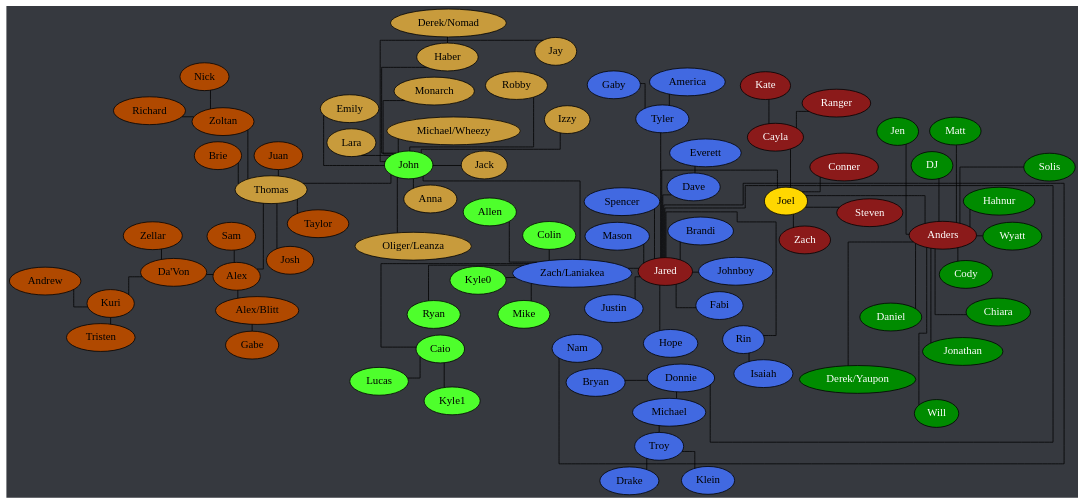
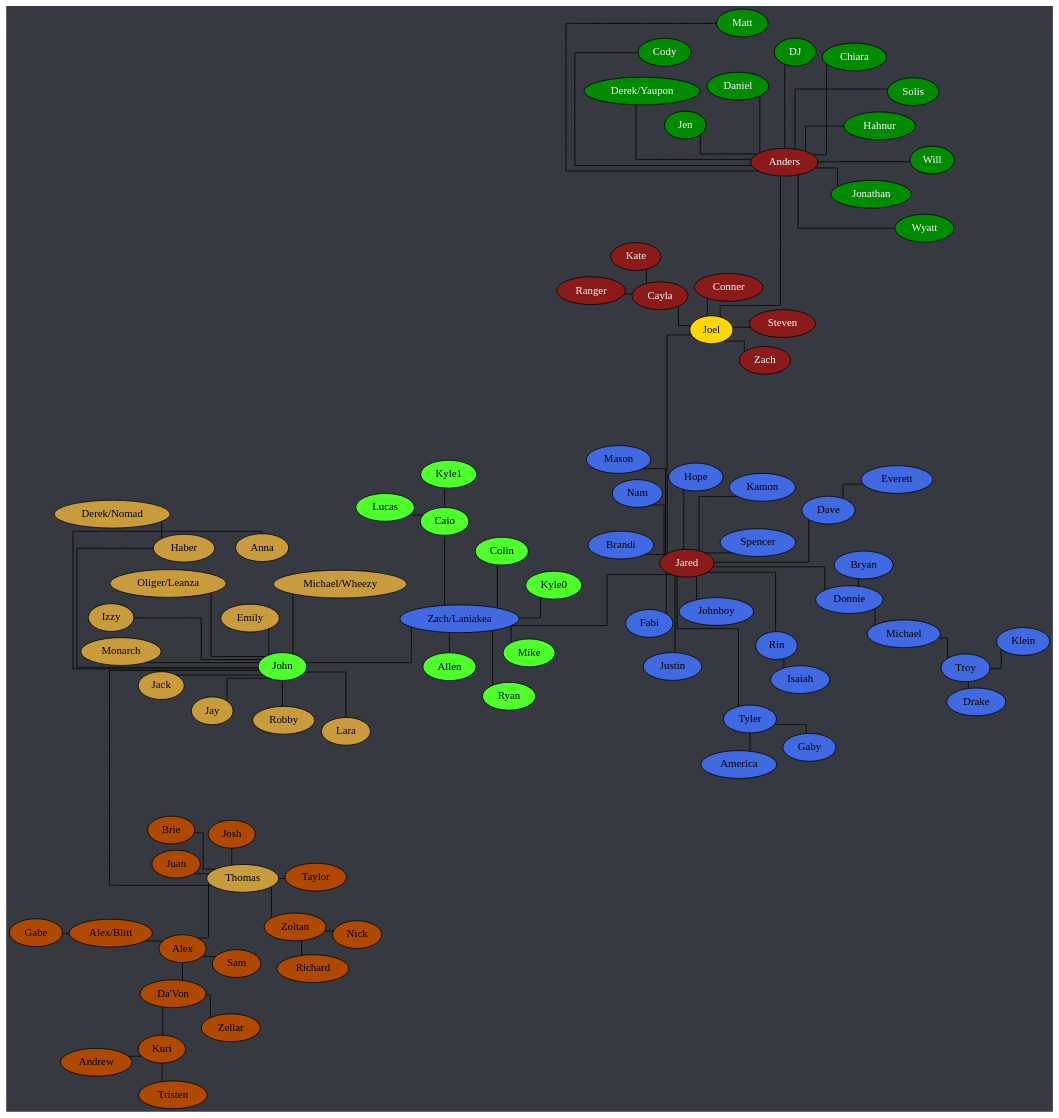
Before and after one commit to Documidas/CoronaCatzFamilyTree: the diagram in tree.dot, drawn with Graphviz. The commit also changed 1 other file, not shown here.

Commit message:
Add Kamon to Jared's tree.

```diff
--- a/tree.dot
+++ b/tree.dot
@@ -1,129 +1,130 @@
 strict graph {
 	// Layout Configuration
 	layout = neato;
 	epsilon = 0.01;
 	mode = KK;
 	model = subset;
 	overlap = false;
 	splines = ortho;
 
 	// Visual Configuration
 	graph [truecolor=true bgcolor="#36393f"]
 	node [style=filled fillcolor="gray" fontcolor="black"]
 
 	subgraph "Joel" {
 		node [style=filled fillcolor="firebrick4" fontcolor="white"];
 		Joel [style=filled fillcolor="gold" fontcolor="black"];
 
 		Anders -- Joel;
 		Cayla -- Joel
 		Cayla -- Kate;
 		Cayla -- Ranger;
 		Joel -- Conner;
 		Joel -- Jared;
 		Joel -- Steven;
 		Joel -- Zach;
 	}
 
 	subgraph "Anders" {
 		node [style=filled fillcolor="green4" fontcolor="white"];
 
 		Anders -- Chiara
 		Anders -- Cody;
 		Anders -- Daniel;
 		Anders -- "Derek/Yaupon";
 		Anders -- DJ;
 		Anders -- Hahnur;
 		Anders -- Jen;
 		Anders -- Jonathan;
 		Anders -- Matt;
 		Anders -- Solis;
 		Anders -- Will;
 		Anders -- Wyatt;
 	}
 
 	subgraph "Jared" {
 		node [style=filled fillcolor="royalblue" fontcolor="black"]
 
 		Dave -- Everett;
 		Donnie -- Bryan;
 		Donnie -- Michael;
 		Jared -- Brandi;
 		Jared -- Dave;
 		Jared -- Donnie;
 		Jared -- Fabi;
 		Jared -- Hope;
 		Jared -- Johnboy;
 		Jared -- Justin;
+		Jared -- Kamon;
 		Jared -- Mason;
 		Jared -- Nam;
 		Jared -- Rin;
 		Jared -- Spencer;
 		Jared -- Tyler;
 		Jared -- "Zach/Laniakea";
 		Michael -- Troy;
 		Rin -- Isaiah;
 		Tyler -- America;
 		Tyler -- Gaby;
 		Troy -- Drake;
 		Troy -- Klein;
 	}
 
 	subgraph "Zach/Laniakea" {
 		node [style=filled fillcolor="#4eff2c" fontcolor="black"]
 
 		Caio -- Kyle1;
 		Caio -- Lucas;
 		"Zach/Laniakea" -- Allen;
 		"Zach/Laniakea" -- Caio;
 		"Zach/Laniakea" -- Colin;
 		"Zach/Laniakea" -- John [ len = 10 ];
 		"Zach/Laniakea" -- Kyle0;
 		"Zach/Laniakea" -- Mike;
 		"Zach/Laniakea" -- Ryan;
 	}
 
 	subgraph "John" {
 		node [style=filled fillcolor="#c89b3c" fontcolor="black"]
 
 		Haber -- "Derek/Nomad";
 		John -- Anna;
 		John -- Emily;
 		John -- Haber;
 		John -- Jay;
 		John -- Jack;
 		John -- Lara;
 		John -- Monarch;
 		John -- "Oliger/Leanza";
 		John -- Thomas;
 	}
 
 	subgraph "John-stream" {
 		// node [style=filled fillcolor="#9147ff" fontcolor="black"]
 		node [style=filled fillcolor="#c89b3c" fontcolor="black"]
 
 		John -- Izzy;
 		John -- "Michael/Wheezy";
 		John -- Robby;
 	}
 
 	subgraph "Thomas" {
 		node [style=filled fillcolor="#b04900" fontcolor="black"]
 		Alex -- "Da'Von";
 		Alex -- "Alex/Blitt";
 		Alex -- Sam;
 		"Alex/Blitt" -- Gabe;
 		"Da'Von" -- Kuri;
 		"Da'Von" -- Zellar;
 		Kuri -- Andrew;
 		Kuri -- Tristen;
 		Thomas -- Alex;
 		Thomas -- Brie;
 		Thomas -- Josh;
 		Thomas -- Juan;
 		Thomas -- Taylor;
 		Thomas -- Zoltan;
 		Zoltan -- Nick;
 		Zoltan -- Richard;
 	}
 }
```
